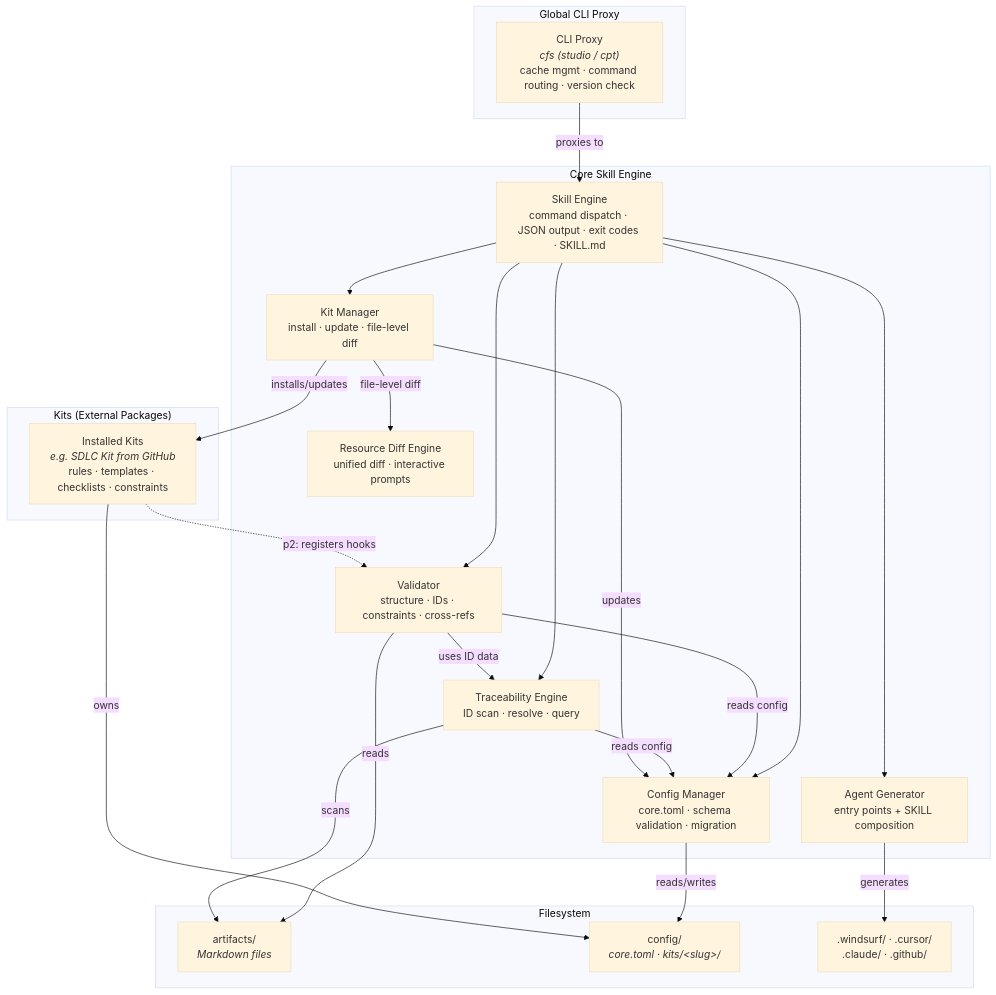
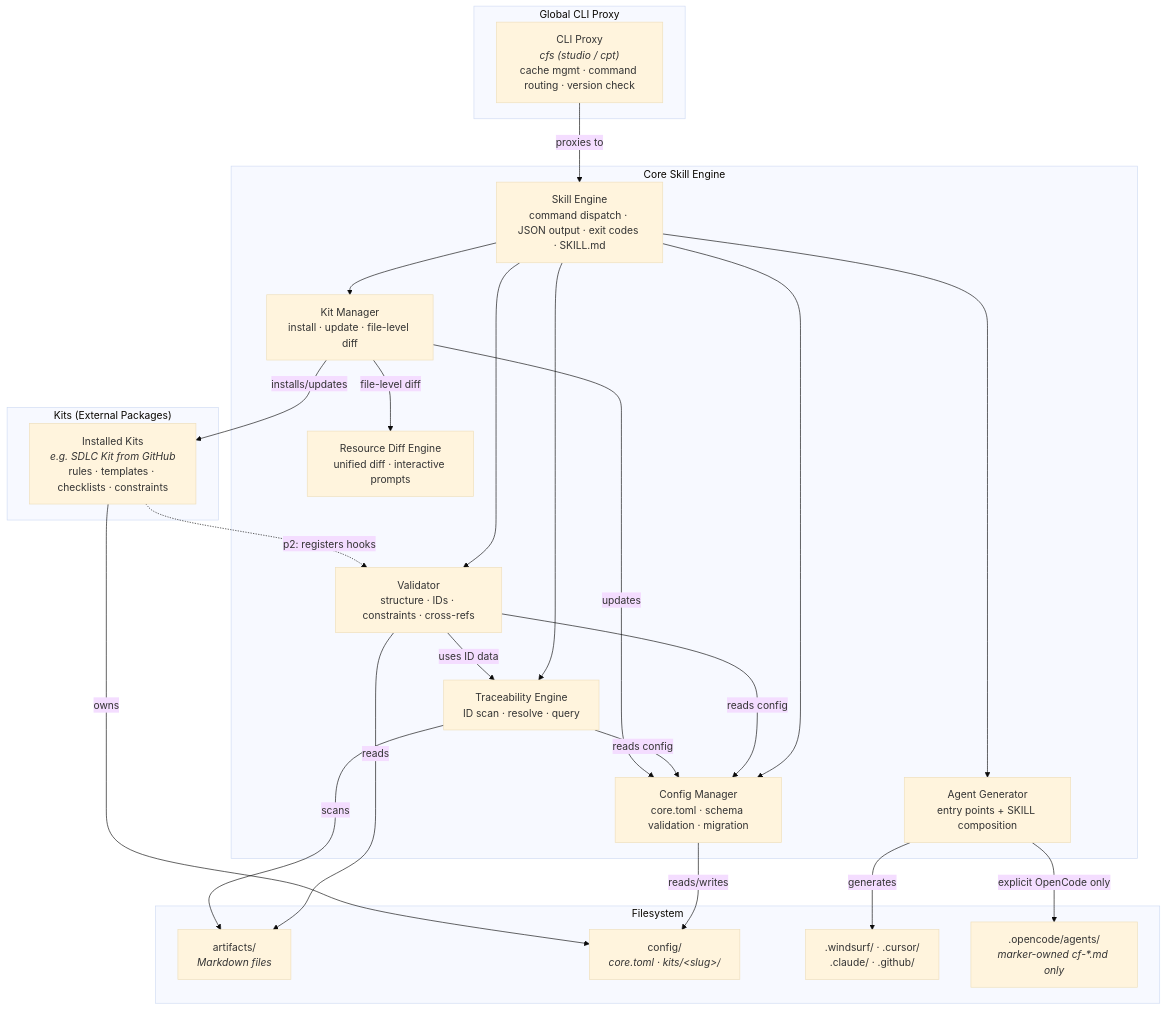
The first of 13 diagrams in architecture/DESIGN.md (constructorfabric/studio), drawn with Mermaid (base theme) before and after one commit. The commit also changed other lines of this file and 3 other files, not shown here.

First line of the commit message:
feat(agents): add first-class OpenCode documentation

````diff
--- a/architecture/DESIGN.md
+++ b/architecture/DESIGN.md
@@ -528,45 +549,47 @@
 ```mermaid
 graph TD
     subgraph "Global CLI Proxy"
         CLI["CLI Proxy<br/><i>cfs (studio / cpt)</i><br/>cache mgmt · command routing · version check"]
     end
 
     subgraph "Core Skill Engine"
         SE["Skill Engine<br/>command dispatch · JSON output · exit codes · SKILL.md"]
         V["Validator<br/>structure · IDs · constraints · cross-refs"]
         TE["Traceability Engine<br/>ID scan · resolve · query"]
         CM["Config Manager<br/>core.toml · schema validation · migration"]
         KM["Kit Manager<br/>install · update · file-level diff"]
         AG["Agent Generator<br/>entry points + SKILL composition"]
         DE["Resource Diff Engine<br/>unified diff · interactive prompts"]
     end
 
     subgraph "Kits (External Packages)"
         SDLC["Installed Kits<br/><i>e.g. SDLC Kit from GitHub</i><br/>rules · templates · checklists · constraints"]
     end
 
     subgraph "Filesystem"
         ART["artifacts/<br/><i>Markdown files</i>"]
         CFG["config/<br/><i>core.toml · kits/&lt;slug&gt;/</i>"]
         AGENTS[".windsurf/ · .cursor/<br/>.claude/ · .github/"]
+        OC[".opencode/agents/<br/><i>marker-owned cf-*.md only</i>"]
     end
 
     CLI -->|proxies to| SE
     SE --> V
     SE --> TE
     SE --> CM
     SE --> KM
     SE --> AG
     KM -->|file-level diff| DE
     V -->|uses ID data| TE
     V -->|reads config| CM
     TE -->|reads config| CM
     KM -->|installs/updates| SDLC
     KM -->|updates| CM
     SDLC -.->|p2: registers hooks| V
     V -->|reads| ART
     TE -->|scans| ART
     CM -->|reads/writes| CFG
     AG -->|generates| AGENTS
+    AG -->|explicit OpenCode only| OC
     SDLC -->|owns| CFG
 ```
````
